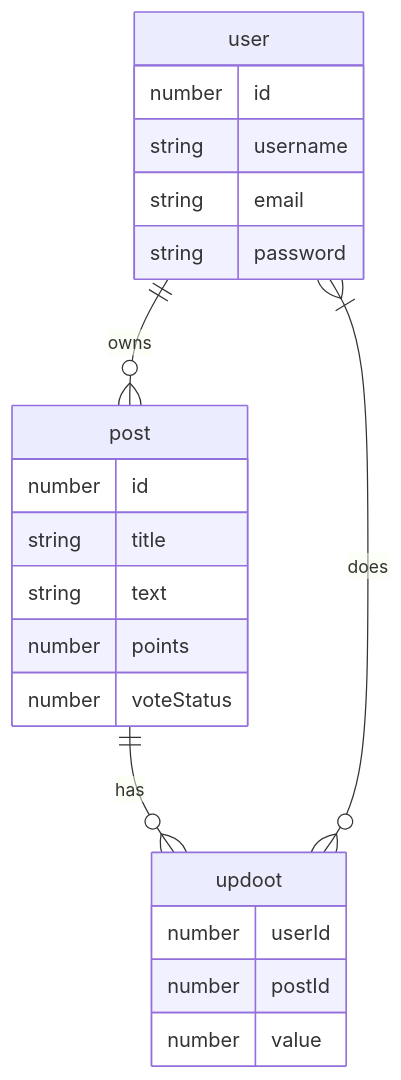
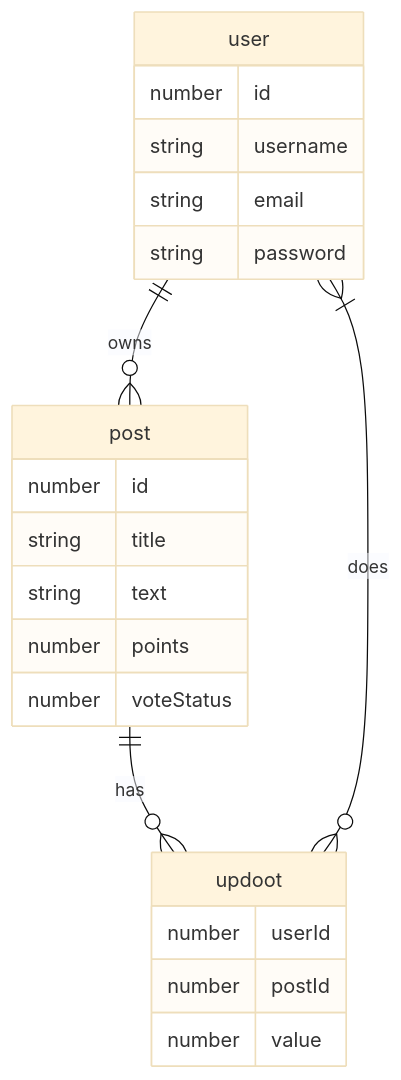
The diagram in db/diagram.md (do-it-if-i-can/server), drawn with Mermaid before and after one commit. The commit also changed 1 other file, not shown here.

Commit message:
:memo: survey mermaid

````diff
--- a/db/diagram.md
+++ b/db/diagram.md
@@ -4,28 +4,30 @@
 ```mermaid
+%%{init:{'theme':'base'}}%%
+
 erDiagram
 
 user ||--o{ post : owns
 post ||--o{ updoot : has
 user }|--o{ updoot : does
 
 user {
   number id
   string username
   string email
   string password
 }
 
 post {
   number id
   string title
   string text
   number points
   number voteStatus
 }
 
 updoot {
   number userId
   number postId
   number value
 }
 ```
````
